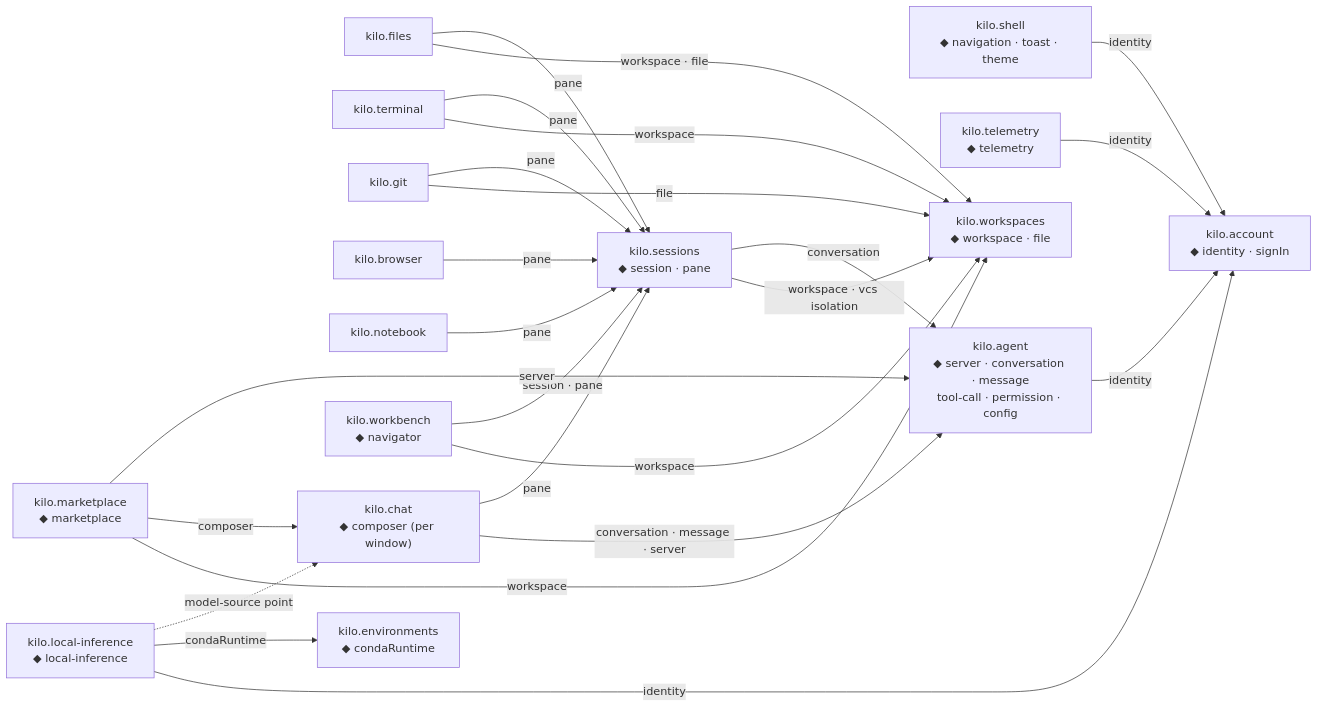
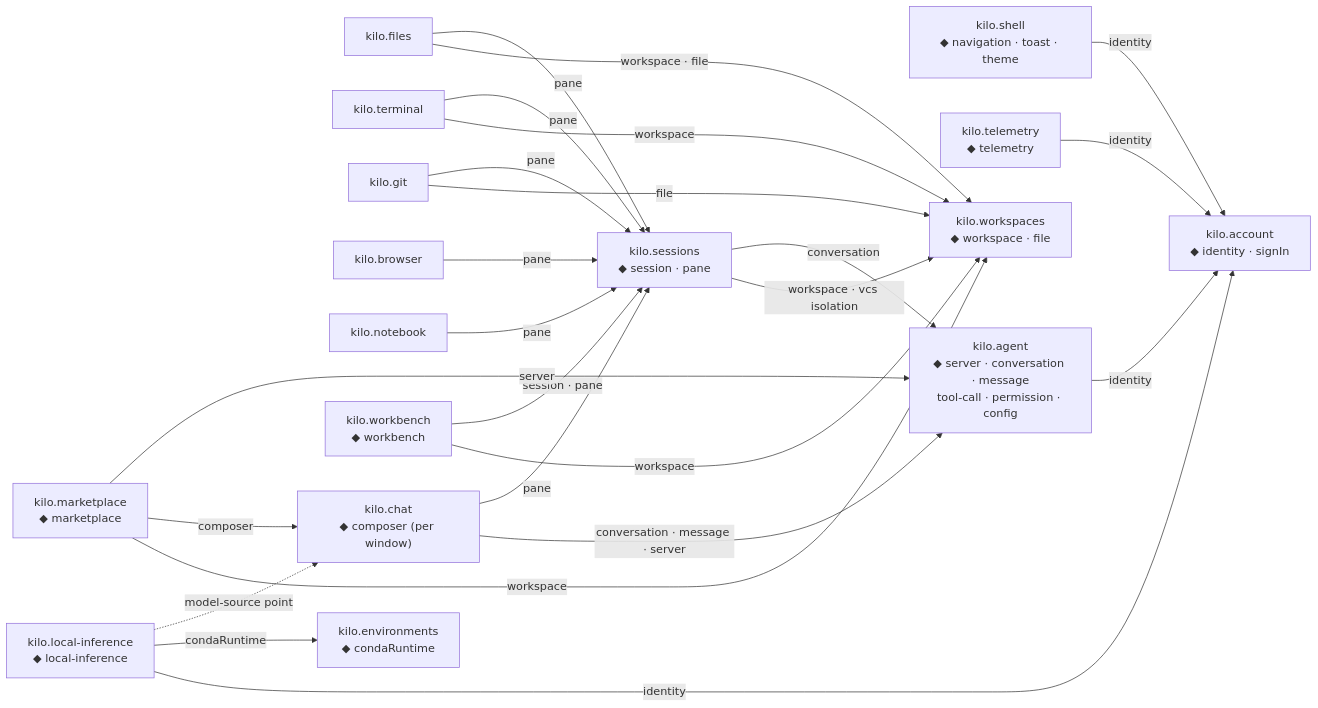
Before and after one commit to Kilo-Org/kilo-desktop: the seventh of 7 diagrams in docs/plugin-architecture.md, drawn with Mermaid. The commit also changed other lines of this file and 122 other files, not shown here.

````diff
--- a/docs/plugin-architecture.md
+++ b/docs/plugin-architecture.md
@@ -895,47 +896,47 @@
 ```mermaid
 flowchart LR
   files["kilo.files"]
   terminal["kilo.terminal"]
   git["kilo.git"]
   browser["kilo.browser"]
   notebook["kilo.notebook"]
   marketplace["kilo.marketplace<br/>◆ marketplace"]
   shell["kilo.shell<br/>◆ navigation · toast · theme"]
   telemetry["kilo.telemetry<br/>◆ telemetry"]
   chat["kilo.chat<br/>◆ composer (per window)"]
-  workbench["kilo.workbench<br/>◆ navigator"]
+  workbench["kilo.workbench<br/>◆ workbench"]
   sessions["kilo.sessions<br/>◆ session · pane"]
   workspaces["kilo.workspaces<br/>◆ workspace · file"]
   agent["kilo.agent<br/>◆ server · conversation · message<br/>tool-call · permission · config"]
   localinf["kilo.local-inference<br/>◆ local-inference"]
   environments["kilo.environments<br/>◆ condaRuntime"]
   account["kilo.account<br/>◆ identity · signIn"]
 
   files -->|pane| sessions
   terminal -->|pane| sessions
   git -->|pane| sessions
   browser -->|pane| sessions
   notebook -->|pane| sessions
   chat -->|pane| sessions
   workbench -->|session · pane| sessions
 
   chat -->|conversation · message · server| agent
   sessions -->|conversation| agent
   marketplace -->|server| agent
   marketplace -->|composer| chat
 
   files -->|workspace · file| workspaces
   terminal -->|workspace| workspaces
   git -->|file| workspaces
   sessions -->|workspace · vcs isolation| workspaces
   workbench -->|workspace| workspaces
   marketplace -->|workspace| workspaces
 
   localinf -.->|model-source point| chat
   localinf -->|condaRuntime| environments
 
   shell -->|identity| account
   telemetry -->|identity| account
   agent -->|identity| account
   localinf -->|identity| account
 ```
````
